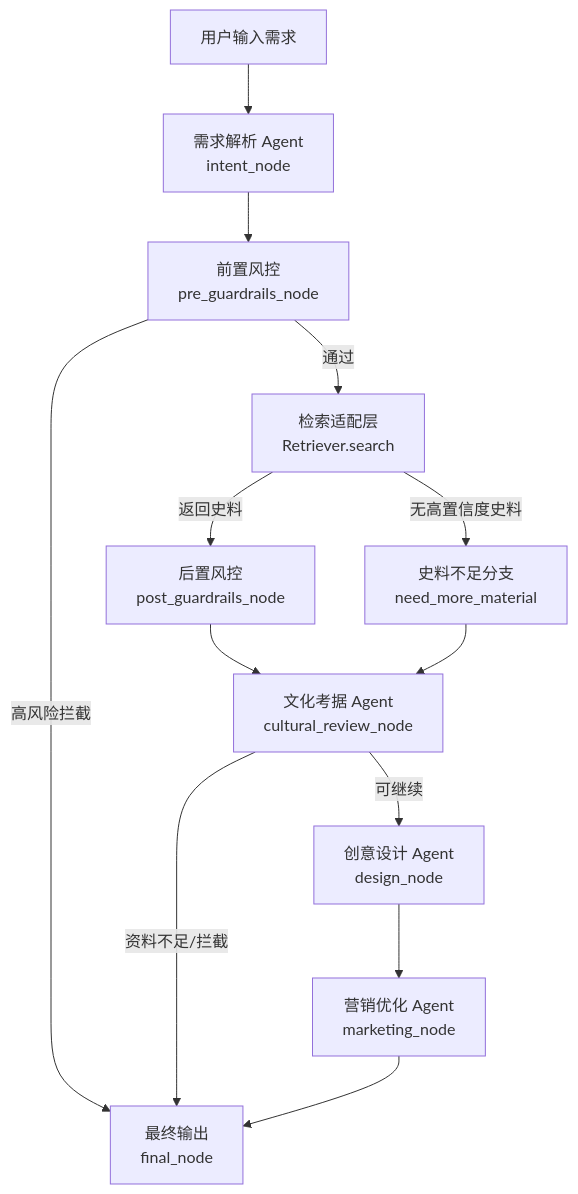
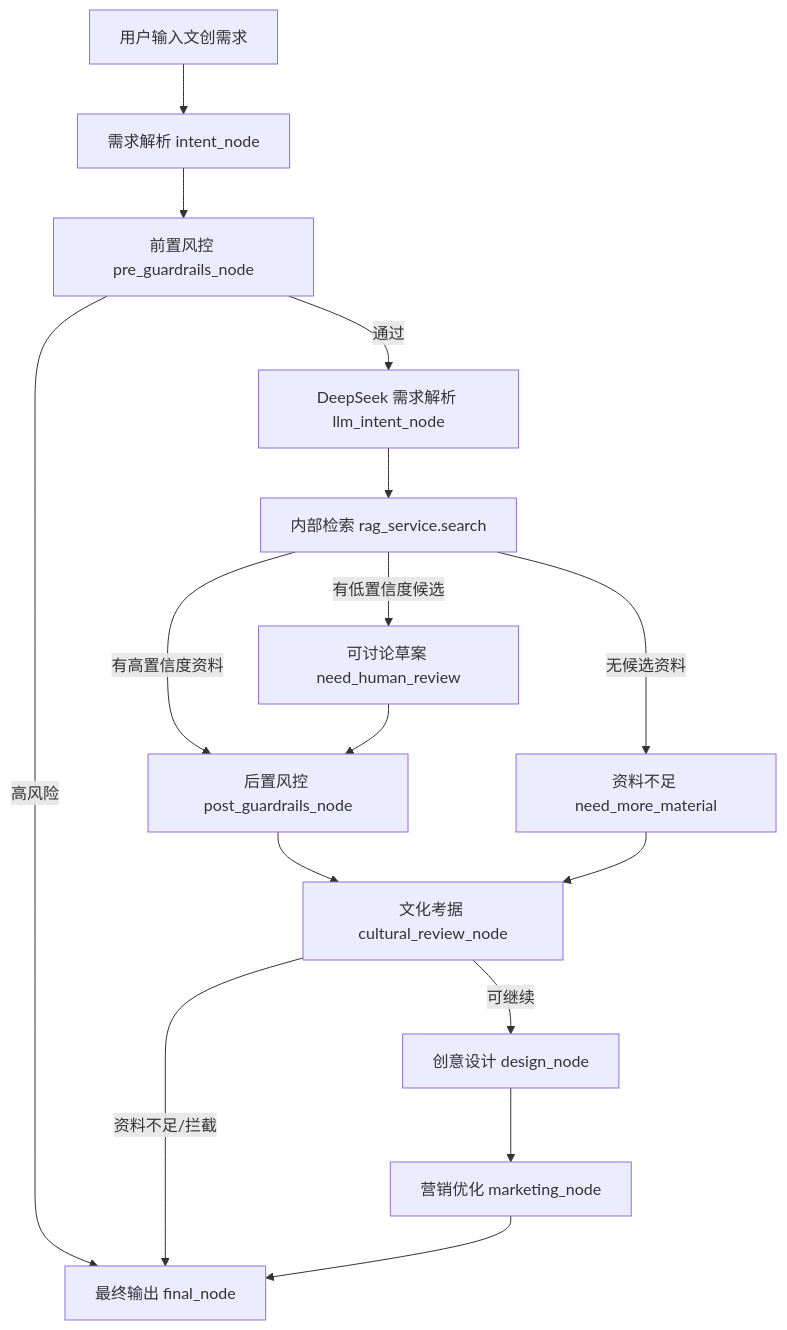
Before and after one commit to JMW123-ALT/work: the diagram in docs/agent_flow.md, drawn with Mermaid. The commit also changed other lines of this file and 33 other files, not shown here.

````diff
--- a/docs/agent_flow.md
+++ b/docs/agent_flow.md
@@ -21,15 +19,18 @@
 ```mermaid
 flowchart TD
-    A["用户输入需求"] --> B["需求解析 Agent\nintent_node"]
-    B --> C["前置风控\npre_guardrails_node"]
-    C -->|高风险拦截| Z["最终输出\nblocked"]
-    C -->|通过| D["检索适配层\nRetriever.search"]
-    D -->|无高置信度史料| E["史料不足分支\nneed_more_material"]
-    D -->|返回史料| F["后置风控\npost_guardrails_node"]
-    F --> G["文化考据 Agent\ncultural_review_node"]
+    A["用户输入文创需求"] --> B["需求解析 intent_node"]
+    B --> C["前置风控 pre_guardrails_node"]
+    C -->|高风险| Z["最终输出 blocked"]
+    C -->|通过| D0["DeepSeek 需求解析 llm_intent_node"]
+    D0 --> D["内部检索 rag_service.search"]
+    D -->|无候选资料| E["资料不足 need_more_material"]
+    D -->|有低置信度候选| R["可讨论草案 need_human_review"]
+    D -->|有高置信度资料| F["后置风控 post_guardrails_node"]
+    R --> F
+    F --> G["文化考据 cultural_review_node"]
     E --> G
     G -->|资料不足/拦截| Z
-    G -->|可继续| H["创意设计 Agent\ndesign_node"]
-    H --> I["营销优化 Agent\nmarketing_node"]
-    I --> Z["最终输出\nfinal_node"]
+    G -->|可继续| H["创意设计 design_node"]
+    H --> I["营销优化 marketing_node"]
+    I --> Z["最终输出 final_node"]
 ```
````
